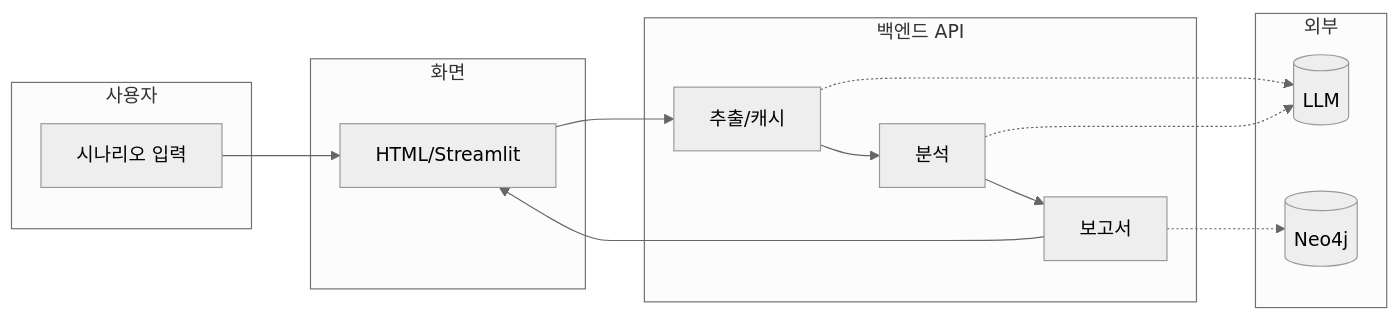
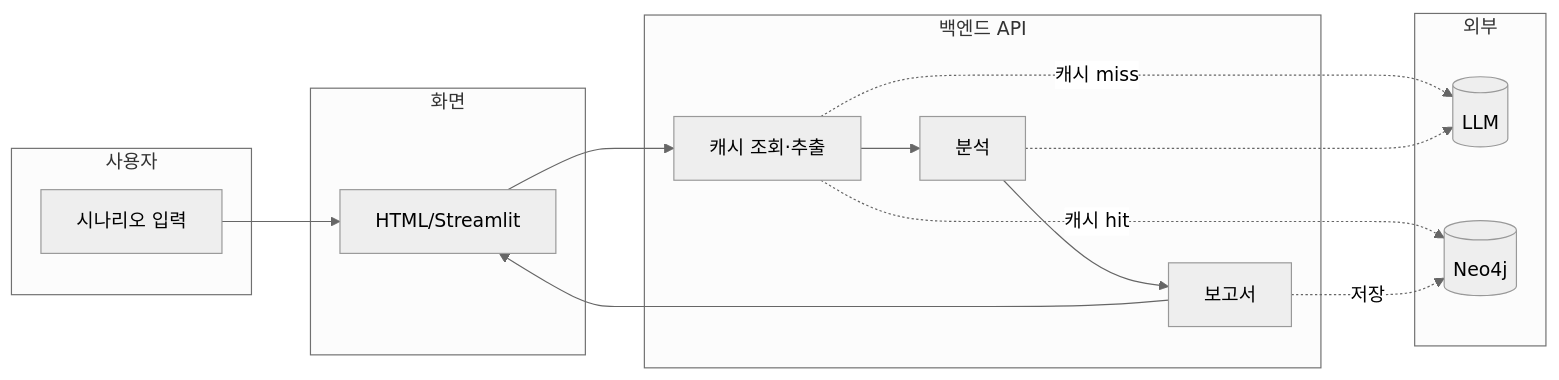
Before and after one commit to psych3ma/audit-chat: the first of 2 diagrams in docs/ARCHITECTURE.md, drawn with Mermaid (neutral theme). The commit also changed other lines of this file, not shown here.

Commit message:
docs: uptate diagram

````diff
--- a/docs/ARCHITECTURE.md
+++ b/docs/ARCHITECTURE.md
@@ -26,26 +26,27 @@
 ```mermaid
 flowchart LR
     subgraph User["사용자"]
         A[시나리오 입력]
     end
     subgraph Front["화면"]
         B[HTML/Streamlit]
     end
     subgraph Back["백엔드 API"]
-        C[추출/캐시]
+        C[캐시 조회·추출]
         D[분석]
         E[보고서]
     end
     subgraph External["외부"]
         F[(LLM)]
         G[(Neo4j)]
     end
     A --> B
     B --> C
     C --> D
     D --> E
-    C -.-> F
+    C -.->|캐시 hit| G
+    C -.->|캐시 miss| F
     D -.-> F
-    E -.-> G
+    E -.->|저장| G
     E --> B
 ```
````
